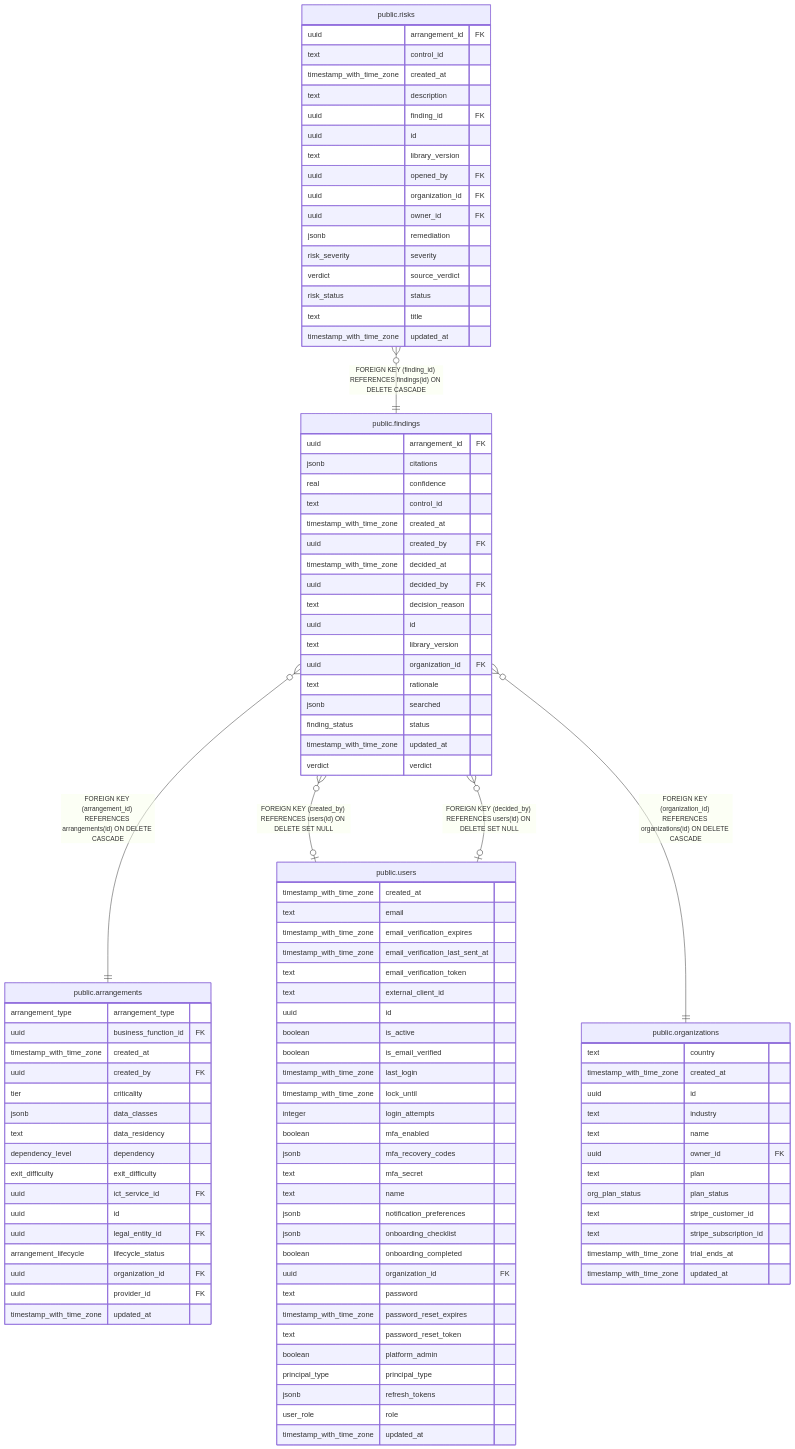
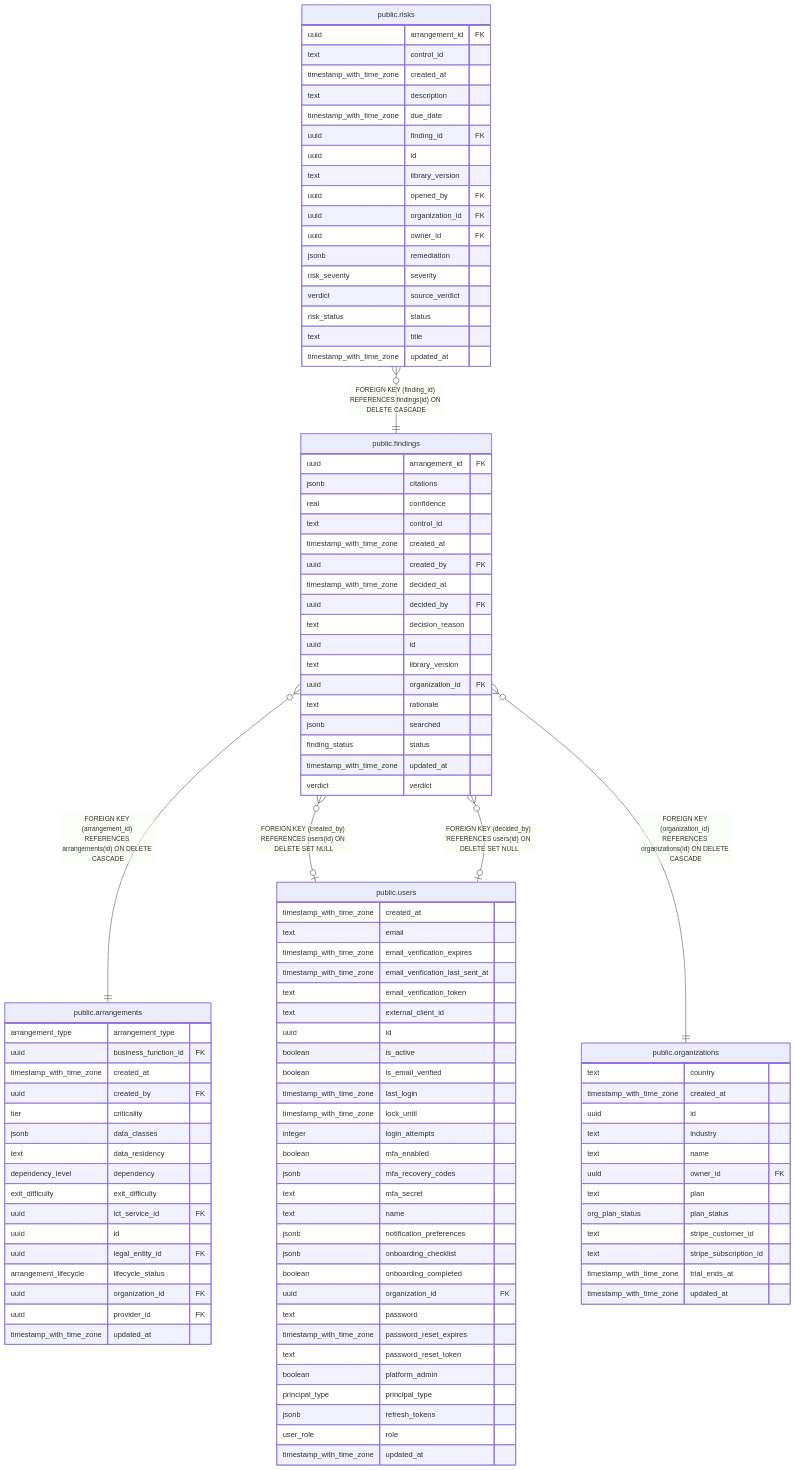
The diagram in docs/data-model/public.findings.md (andrelair-platform/retrieva-backend), drawn with Mermaid before and after one commit. The commit also changed 19 other files, not shown here.

```diff
--- a/docs/data-model/public.findings.md
+++ b/docs/data-model/public.findings.md
@@ -124,6 +124,7 @@
   text control_id
   timestamp_with_time_zone created_at
   text description
+  timestamp_with_time_zone due_date
   uuid finding_id FK
   uuid id
   text library_version
```
